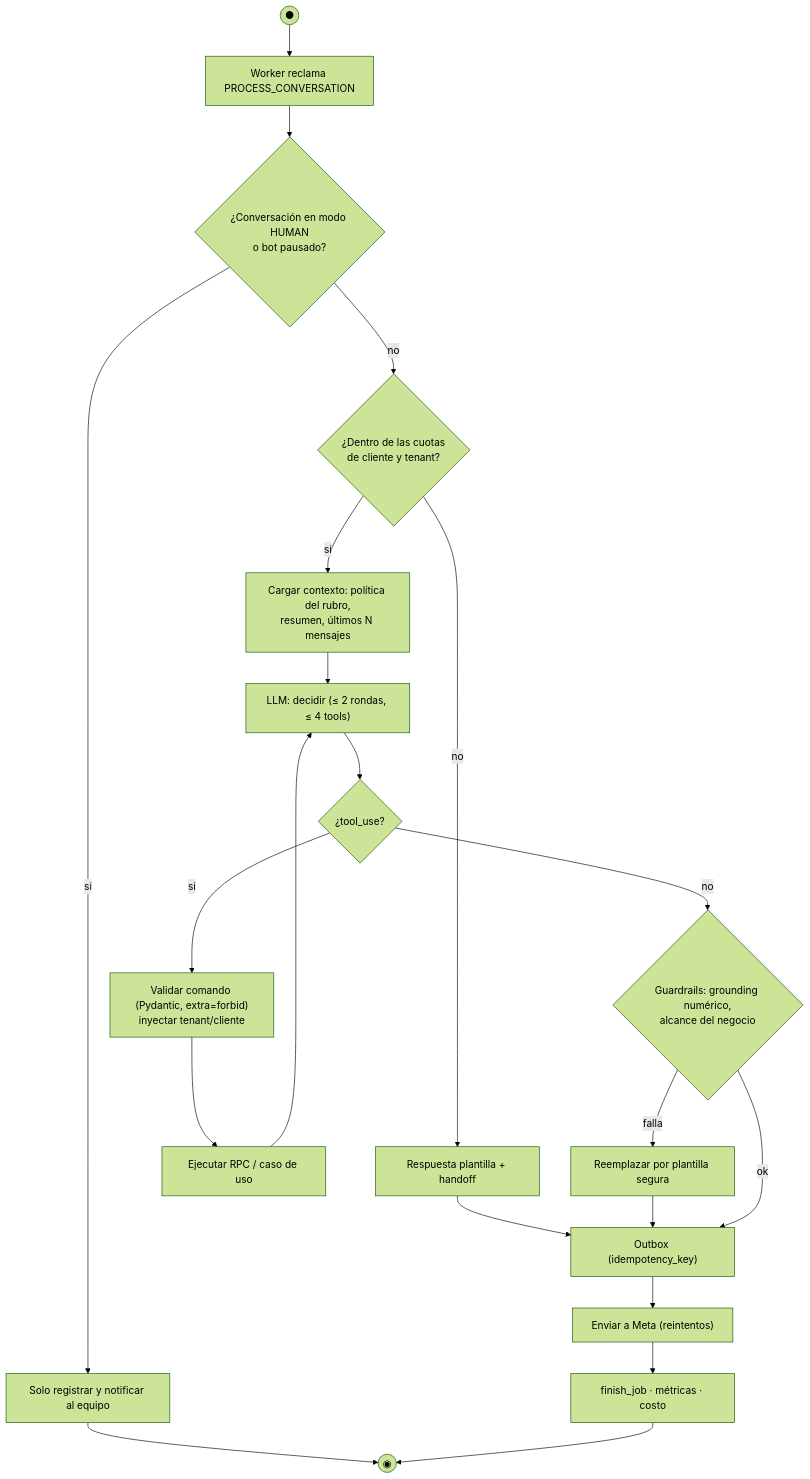
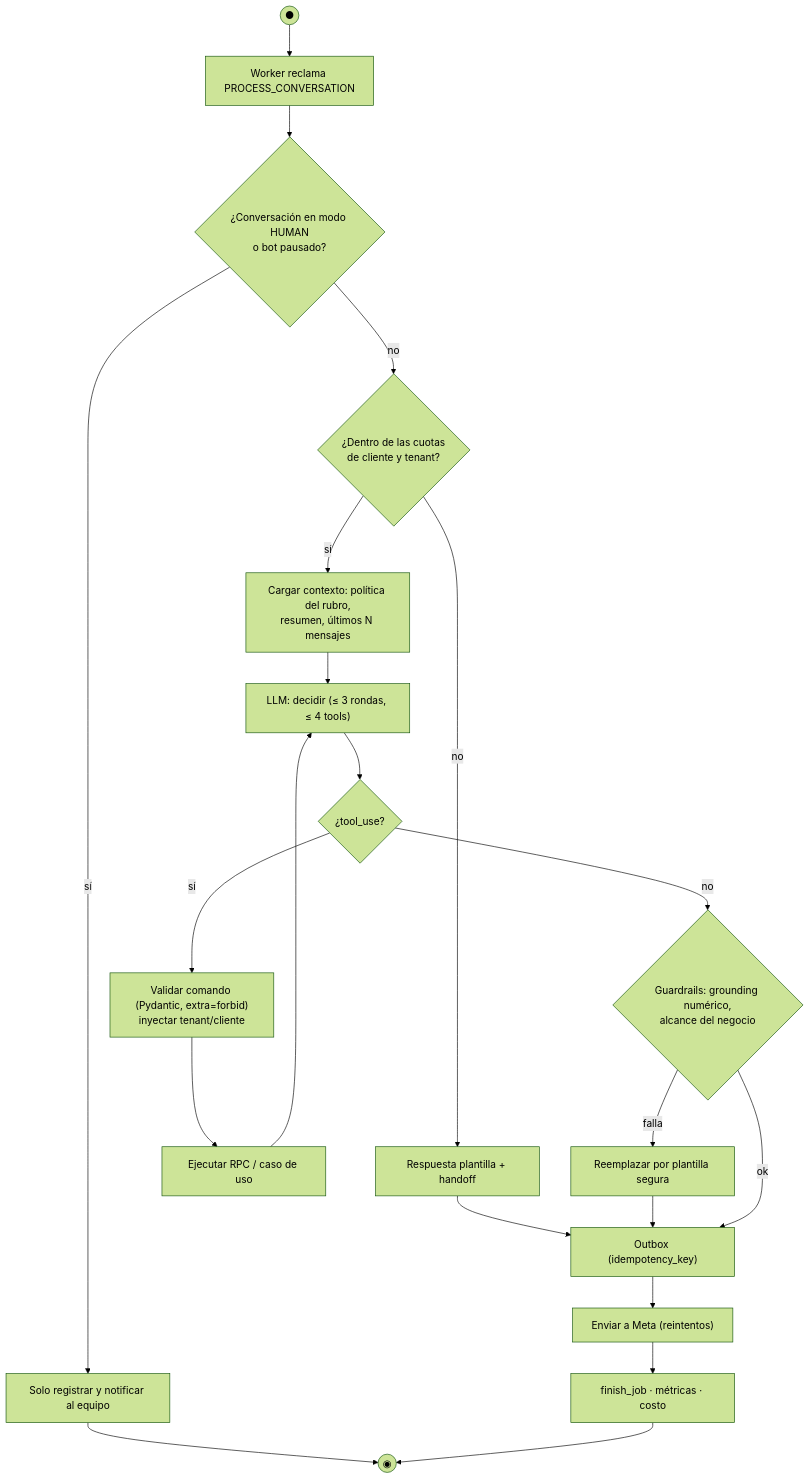
The sixth of 10 diagrams in docs/architecture/uml.md (Adriana-HS/scz-b2b-core), drawn with Mermaid (forest theme) before and after one commit. The commit also changed 4 other files, not shown here.

````diff
--- a/docs/architecture/uml.md
+++ b/docs/architecture/uml.md
@@ -306,19 +306,19 @@
 ```mermaid
 flowchart TD
     s((●)) --> claim["Worker reclama PROCESS_CONVERSATION"]
     claim --> mode{"¿Conversación en modo HUMAN<br/>o bot pausado?"}
     mode -->|sí| skip["Solo registrar y notificar al equipo"] --> e((◉))
     mode -->|no| quota{"¿Dentro de las cuotas<br/>de cliente y tenant?"}
     quota -->|no| tmpl["Respuesta plantilla + handoff"] --> send
     quota -->|sí| ctx["Cargar contexto: política del rubro,<br/>resumen, últimos N mensajes"]
-    ctx --> llm1["LLM: decidir (≤ 2 rondas, ≤ 4 tools)"]
+    ctx --> llm1["LLM: decidir (≤ 3 rondas, ≤ 4 tools)"]
     llm1 --> tool{"¿tool_use?"}
     tool -->|sí| val["Validar comando (Pydantic, extra=forbid)<br/>inyectar tenant/cliente"]
     val --> exec["Ejecutar RPC / caso de uso"]
     exec --> llm1
     tool -->|no| guard{"Guardrails: grounding numérico,<br/>alcance del negocio"}
     guard -->|falla| safe["Reemplazar por plantilla segura"] --> send
     guard -->|ok| send["Outbox (idempotency_key)"]
     send --> wa["Enviar a Meta (reintentos)"]
     wa --> done["finish_job · métricas · costo"] --> e
 ```
````
